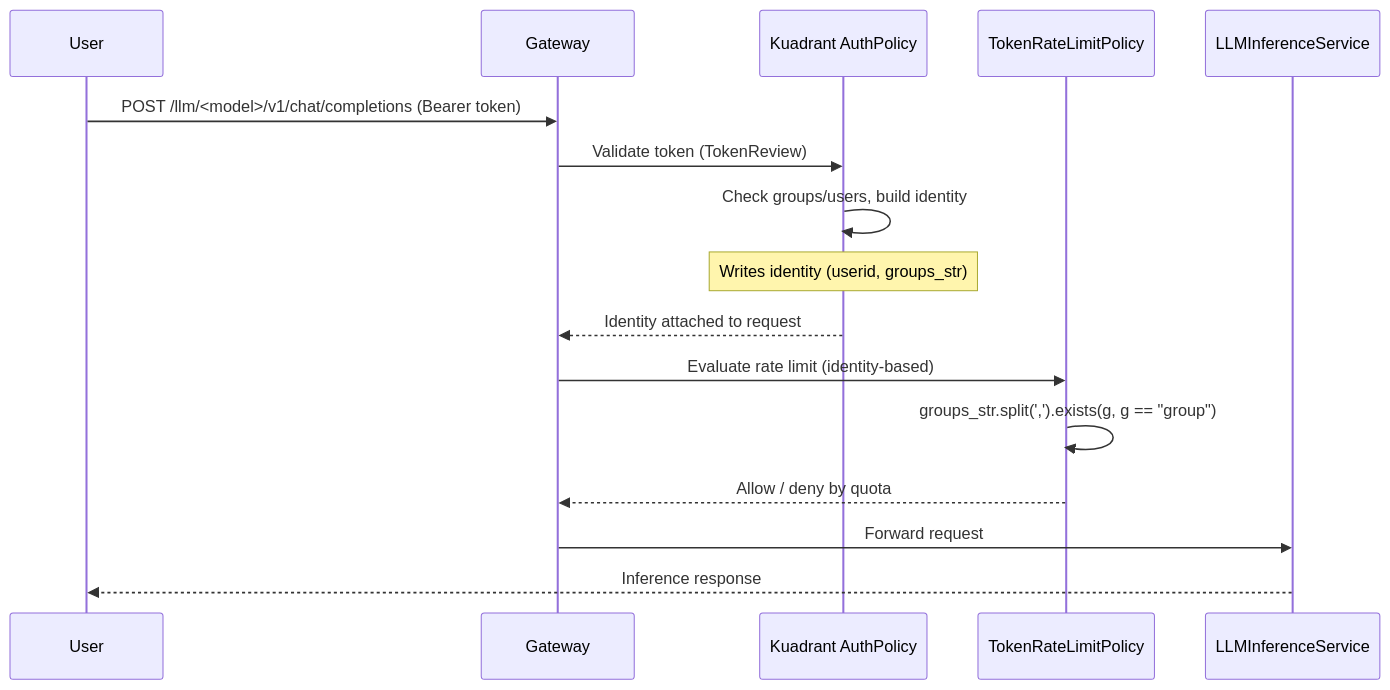
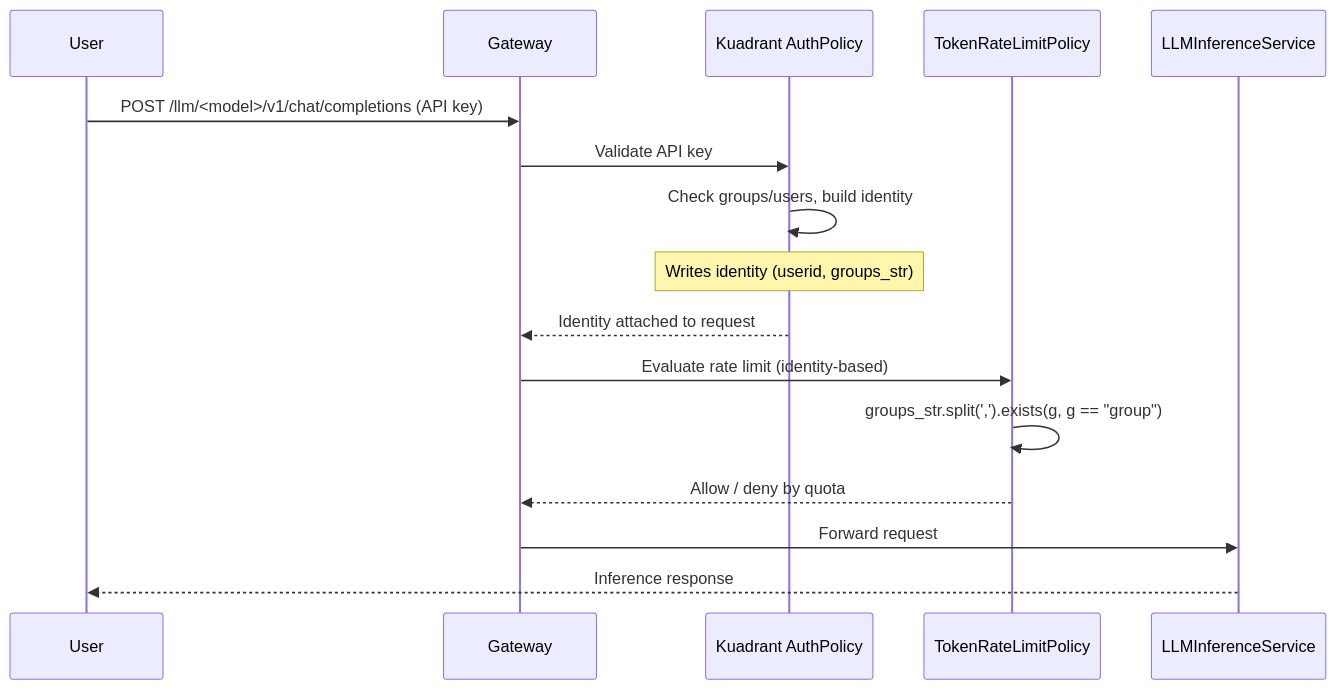
One commit to opendatahub-io/models-as-a-service changed the second of 2 diagrams in docs/content/architecture-internals/reconciliation-flow.md. Above: the diagram before and after it, drawn with Mermaid. The commit also changed 2 other files, not shown here.

Commit message:
docs: address CodeRabbit review feedback
Address remaining CodeRabbit review comments:

1. controller-architecture.md: Add trust boundary warning for GET /v1/models
   - Document that model workloads should not log raw Authorization headers
   - Guidance for operators to only register trusted models
   - Reference to authentication-internals.md for additional protections

2. reconciliation-flow.md: Fix sequence diagram authentication
   - Update diagram to show API key authentication (not Bearer token)
   - Aligns with documentation guidance that inference uses API keys only

3. maas-controller-overview.md: Fix markdown linting (MD046)
   - Wrap code blocks with markdownlint disable/enable comments
   - Resolves MD046 warnings for inline code blocks

````diff
--- a/docs/content/architecture-internals/reconciliation-flow.md
+++ b/docs/content/architecture-internals/reconciliation-flow.md
@@ -63,19 +63,19 @@
 ```mermaid
 sequenceDiagram
     participant User
     participant Gateway
     participant AuthPolicy as Kuadrant AuthPolicy
     participant TRLP as TokenRateLimitPolicy
     participant Backend as LLMInferenceService
 
-    User->>Gateway: POST /llm/<model>/v1/chat/completions (Bearer token)
-    Gateway->>AuthPolicy: Validate token (TokenReview)
+    User->>Gateway: POST /llm/<model>/v1/chat/completions (API key)
+    Gateway->>AuthPolicy: Validate API key
     AuthPolicy->>AuthPolicy: Check groups/users, build identity
     Note over AuthPolicy: Writes identity (userid, groups_str)
     AuthPolicy-->>Gateway: Identity attached to request
     Gateway->>TRLP: Evaluate rate limit (identity-based)
     TRLP->>TRLP: groups_str.split(',').exists(g, g == "group")
     TRLP-->>Gateway: Allow / deny by quota
     Gateway->>Backend: Forward request
     Backend-->>User: Inference response
 ```
````
